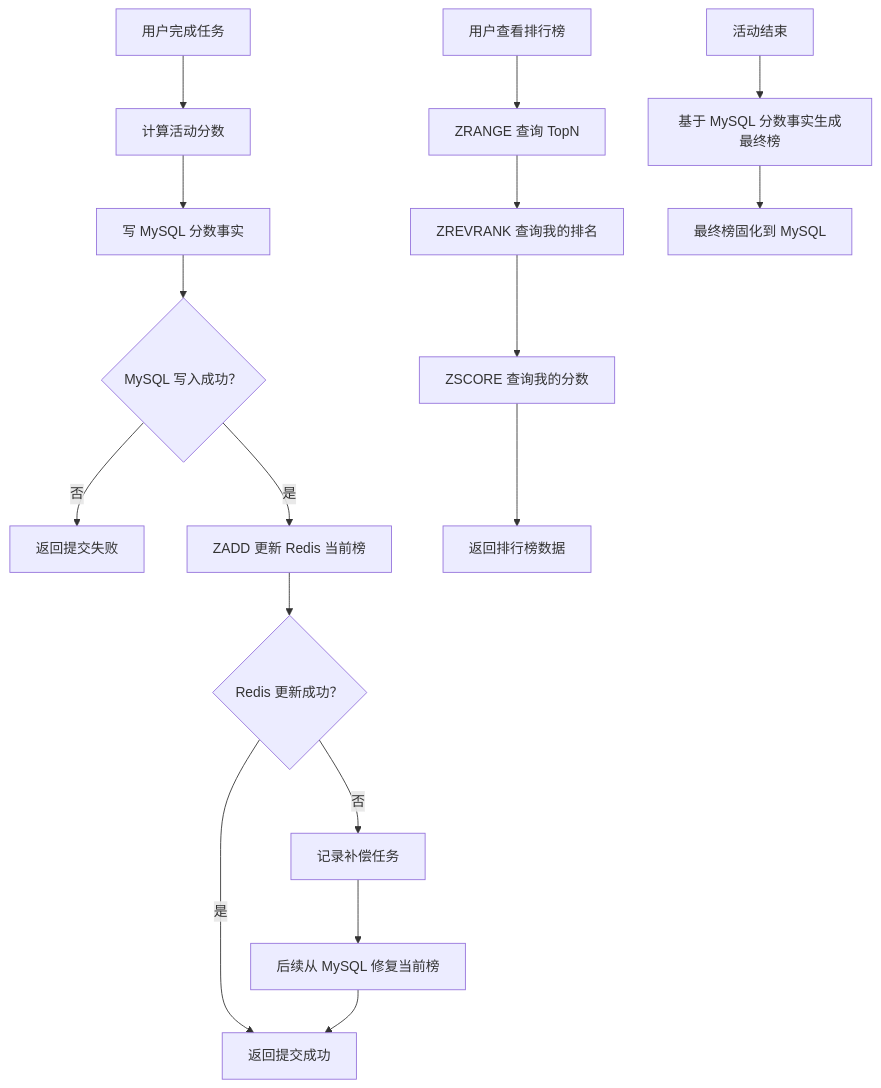
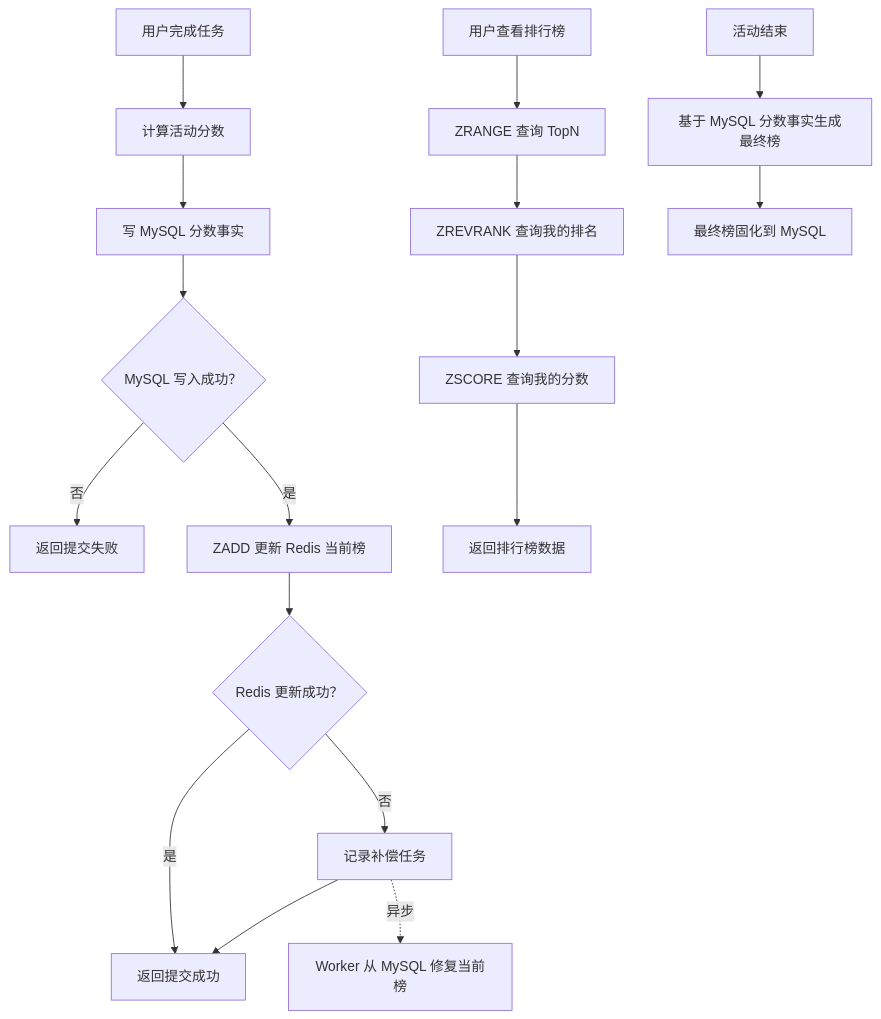
The third of 7 diagrams in docs/redis/201-在线学习活动系统.md (zdl20251023-pixel/agent-frame), drawn with Mermaid before and after one commit. The commit also changed other lines of this file, not shown here.

````diff
--- a/docs/redis/201-在线学习活动系统.md
+++ b/docs/redis/201-在线学习活动系统.md
@@ -491,23 +470,23 @@
 ```mermaid
 flowchart TD
     A["用户完成任务"] --> B["计算活动分数"]
     B --> C["写 MySQL 分数事实"]
     C --> D{"MySQL 写入成功？"}
 
     D -->|否| E["返回提交失败"]
     D -->|是| F["ZADD 更新 Redis 当前榜"]
     F --> G{"Redis 更新成功？"}
 
     G -->|是| H["返回提交成功"]
     G -->|否| I["记录补偿任务"]
-    I --> J["后续从 MySQL 修复当前榜"]
-    J --> H
+    I --> H
+    I -.->|异步| J["Worker 从 MySQL 修复当前榜"]
 
     K["用户查看排行榜"] --> L["ZRANGE 查询 TopN"]
     L --> M["ZREVRANK 查询我的排名"]
     M --> N["ZSCORE 查询我的分数"]
     N --> O["返回排行榜数据"]
 
     P["活动结束"] --> Q["基于 MySQL 分数事实生成最终榜"]
     Q --> R["最终榜固化到 MySQL"]
 ```
````
